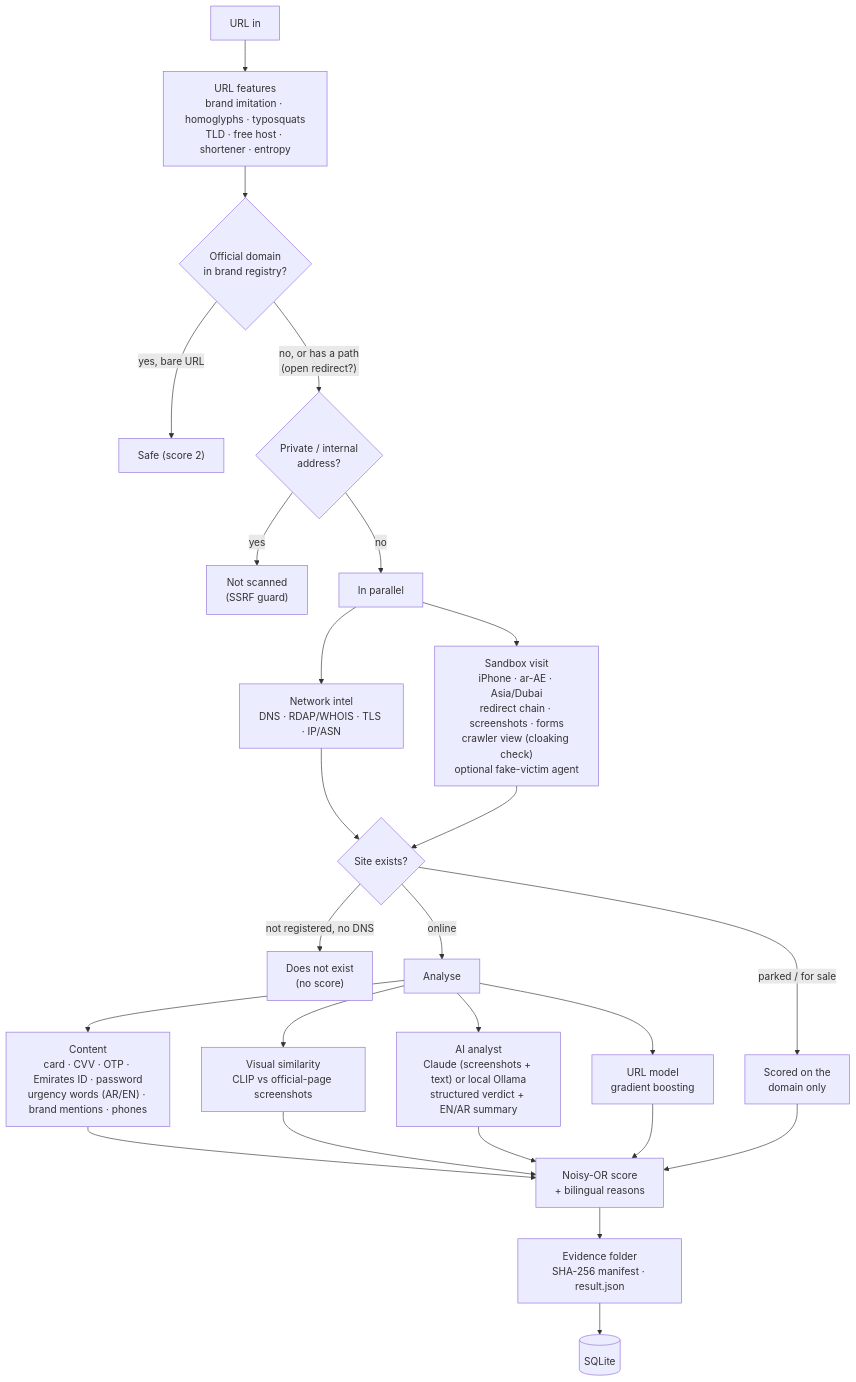
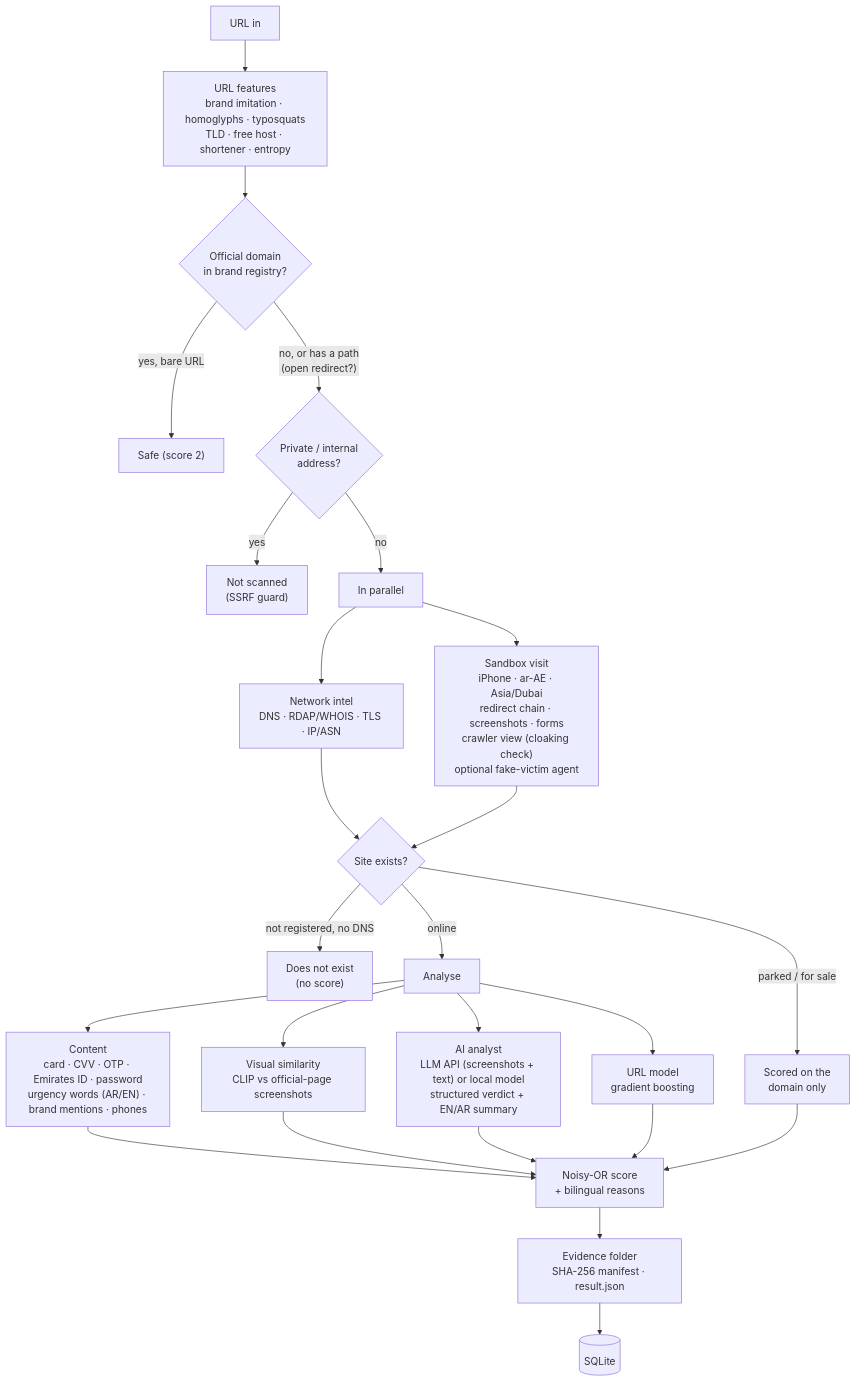
One commit to itshaithem/AD-police-hackathon changed the third of 5 diagrams in README.md. Above: the diagram before and after it, drawn with Mermaid. The commit also changed other lines of this file and 12 other files, not shown here.

First line of the commit message:
Vercel-only demo mode; README: generic LLM wording, roadmap, team

````diff
--- a/README.md
+++ b/README.md
@@ -126,24 +126,24 @@
 ```mermaid
 flowchart TD
     A["URL in"] --> B["URL features<br/>brand imitation · homoglyphs · typosquats<br/>TLD · free host · shortener · entropy"]
     B --> AL{"Official domain<br/>in brand registry?"}
     AL -->|"yes, bare URL"| SAFE["Safe (score 2)"]
     AL -->|"no, or has a path<br/>(open redirect?)"| INT{"Private / internal<br/>address?"}
     INT -->|yes| BLK["Not scanned<br/>(SSRF guard)"]
     INT -->|no| PAR["In parallel"]
     PAR --> NI["Network intel<br/>DNS · RDAP/WHOIS · TLS · IP/ASN"]
     PAR --> SBX["Sandbox visit<br/>iPhone · ar-AE · Asia/Dubai<br/>redirect chain · screenshots · forms<br/>crawler view (cloaking check)<br/>optional fake-victim agent"]
     NI --> ST{"Site exists?"}
     SBX --> ST
     ST -->|"not registered, no DNS"| NF["Does not exist<br/>(no score)"]
     ST -->|"parked / for sale"| PK["Scored on the<br/>domain only"]
     ST -->|online| AN["Analyse"]
     AN --> CT["Content<br/>card · CVV · OTP · Emirates ID · password<br/>urgency words (AR/EN) · brand mentions · phones"]
     AN --> VS["Visual similarity<br/>CLIP vs official-page screenshots"]
-    AN --> LM["AI analyst<br/>Claude (screenshots + text) or local Ollama<br/>structured verdict + EN/AR summary"]
+    AN --> LM["AI analyst<br/>LLM API (screenshots + text) or local model<br/>structured verdict + EN/AR summary"]
     AN --> ML["URL model<br/>gradient boosting"]
     CT & VS & LM & ML --> SC["Noisy-OR score<br/>+ bilingual reasons"]
     PK --> SC
     SC --> EV["Evidence folder<br/>SHA-256 manifest · result.json"]
     EV --> DB[("SQLite")]
 ```
````
